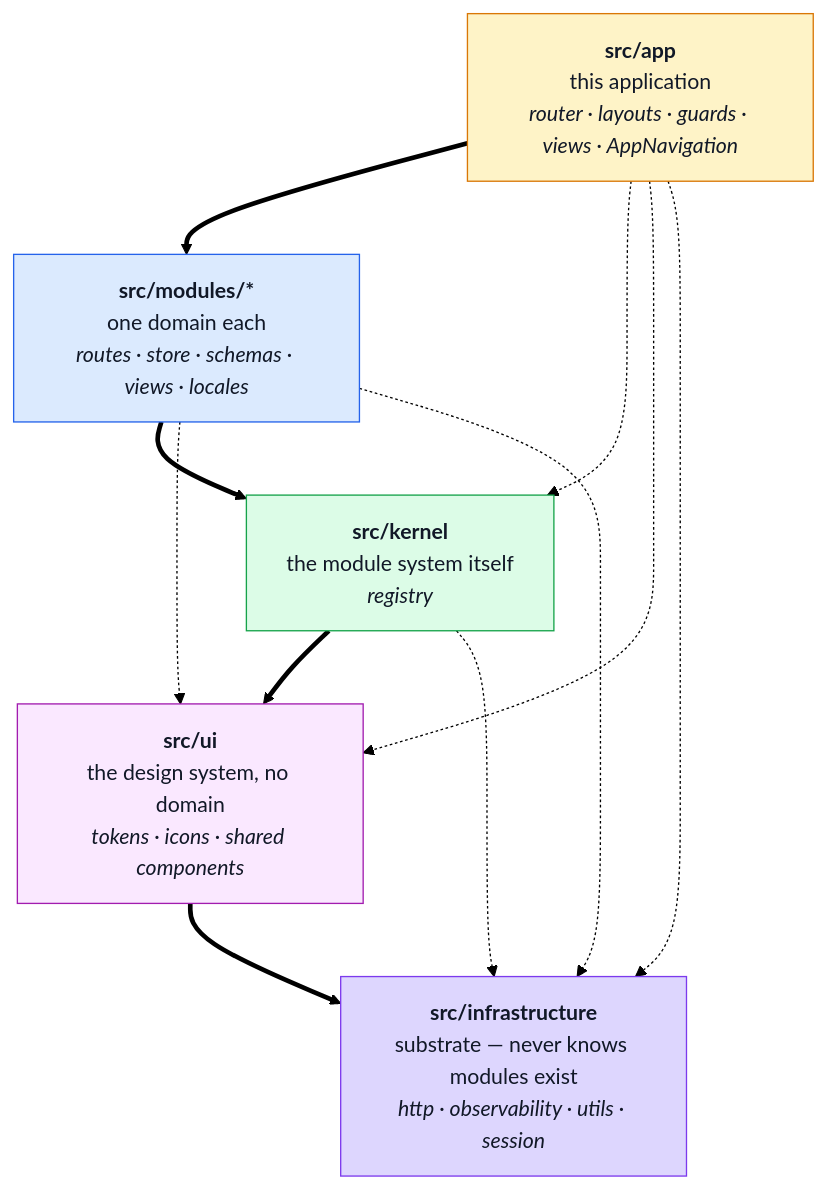
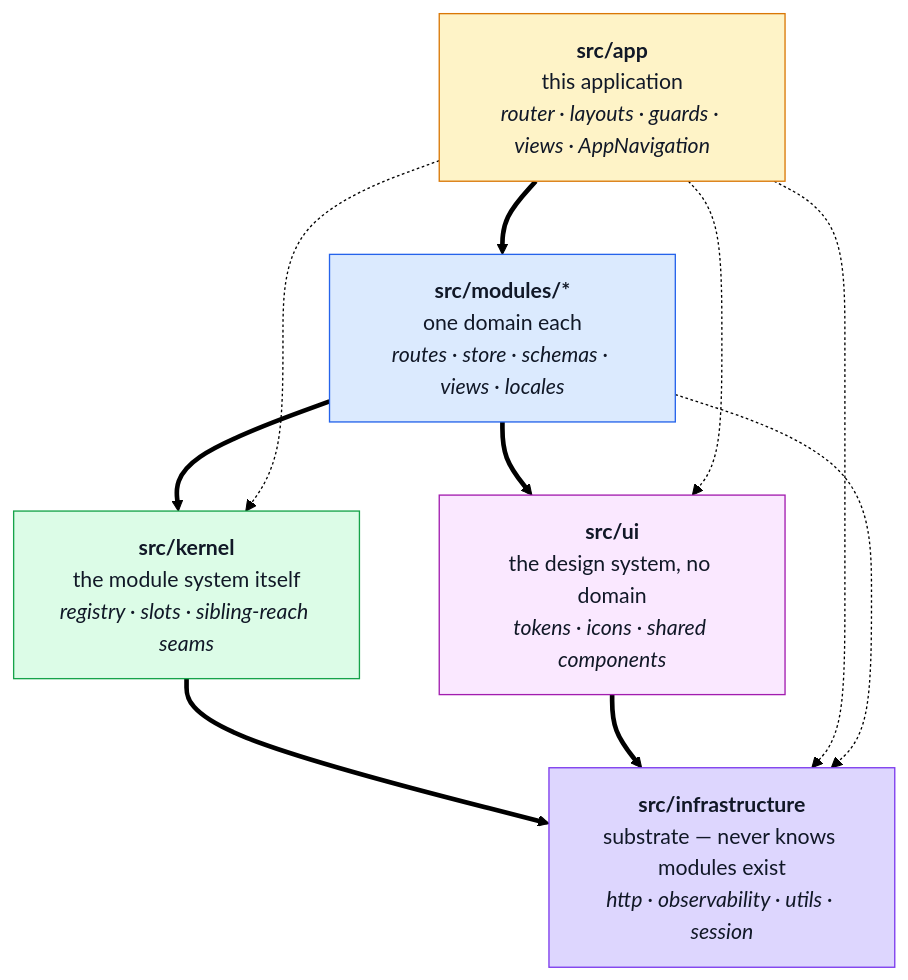
One commit to Guebbit/boilerplate-vue-frontend changed the first of 2 diagrams in docs/understand/modules.md. Above: the diagram before and after it, drawn with Mermaid (forest theme). The commit also changed other lines of this file and 67 other files, not shown here.

````diff
--- a/docs/understand/modules.md
+++ b/docs/understand/modules.md
@@ -23,28 +23,30 @@
 ```mermaid
 %%{init: {'flowchart': {'nodeSpacing': 50, 'rankSpacing': 55}}}%%
 flowchart TD
     A["<b>src/app</b><br/>this application<br/><i>router · layouts · guards · views · AppNavigation</i>"]
     M["<b>src/modules/*</b><br/>one domain each<br/><i>routes · store · schemas · views · locales</i>"]
-    P["<b>src/kernel</b><br/>the module system itself<br/><i>registry</i>"]
+    P["<b>src/kernel</b><br/>the module system itself<br/><i>registry · slots · sibling-reach seams</i>"]
     U["<b>src/ui</b><br/>the design system, no domain<br/><i>tokens · icons · shared components</i>"]
     C["<b>src/infrastructure</b><br/>substrate — never knows modules exist<br/><i>http · observability · utils · session</i>"]
 
-    A ==> M ==> P ==> U ==> C
+    A ==> M
+    M ==> P
+    M ==> U
+    P ==> C
+    U ==> C
     A -.-> P
     A -.-> U
     A -.-> C
-    M -.-> U
     M -.-> C
-    P -.-> C
 
     classDef app fill:#fef3c7,stroke:#d97706,color:#111827;
     classDef domain fill:#dbeafe,stroke:#2563eb,color:#111827;
     classDef plat fill:#dcfce7,stroke:#16a34a,color:#111827;
     classDef ui fill:#fae8ff,stroke:#a21caf,color:#111827;
     classDef core fill:#ddd6fe,stroke:#7c3aed,color:#111827;
     class A app;
     class M domain;
     class P plat;
     class U ui;
     class C core;
 ```
````
